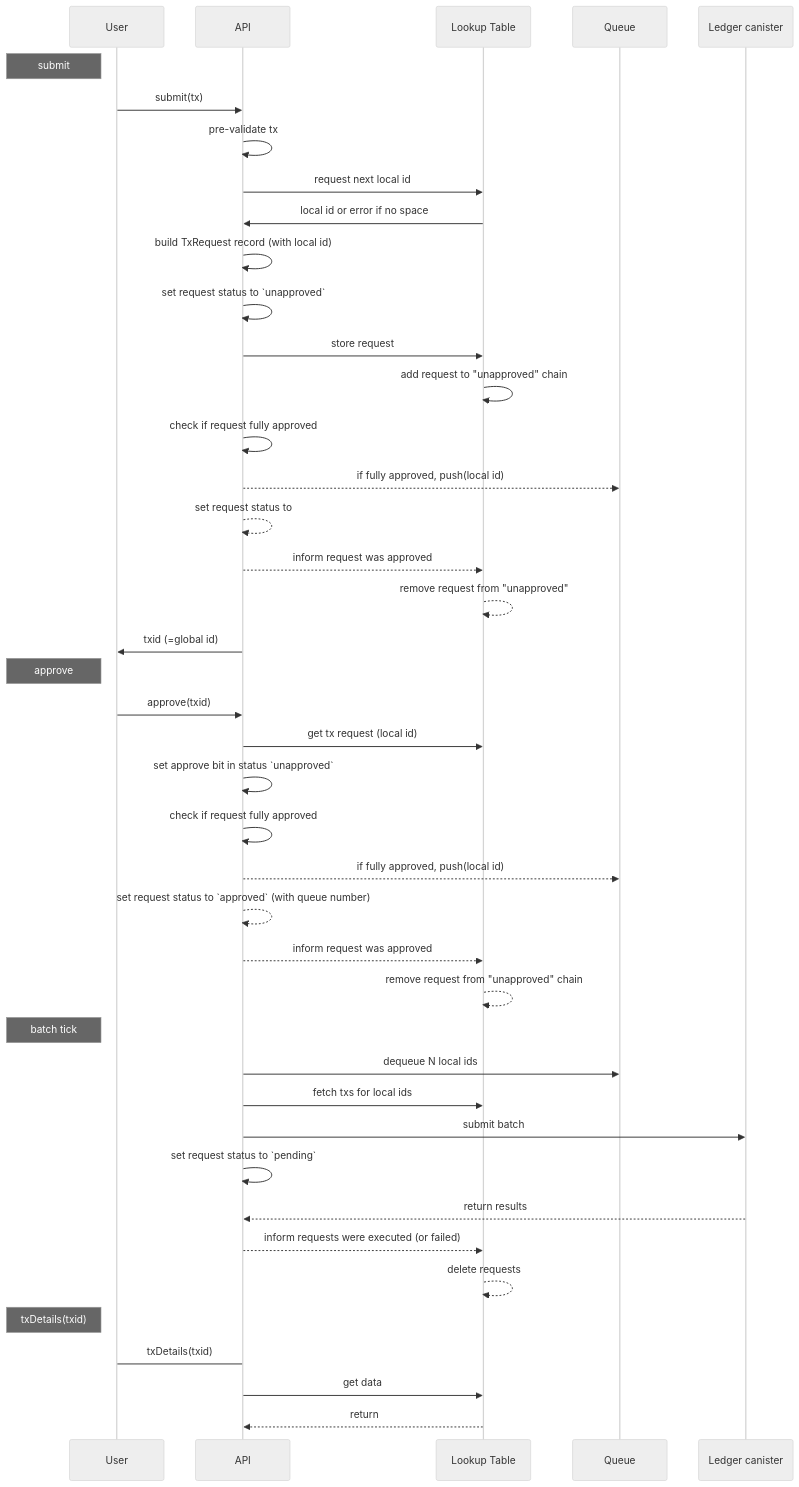
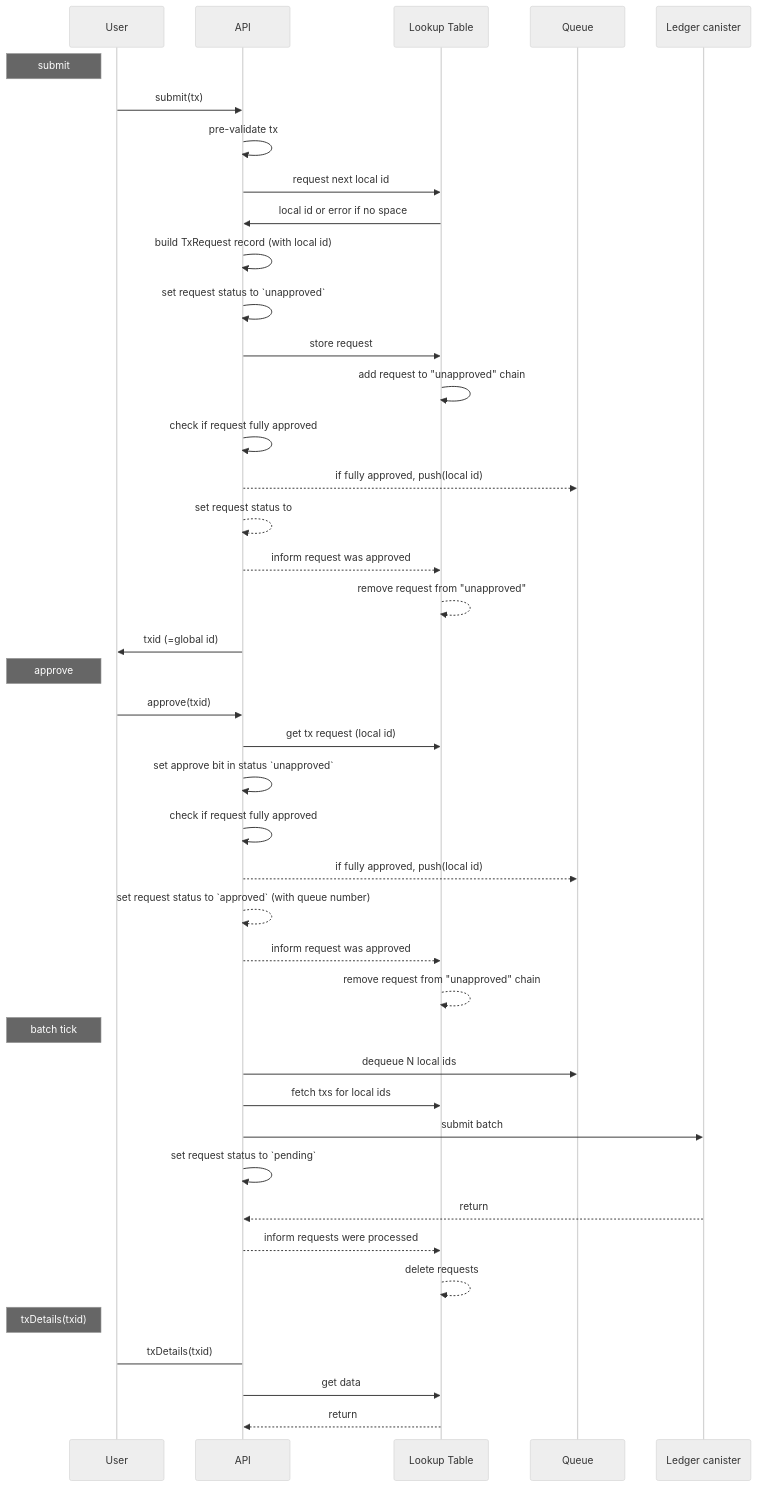
Before and after one commit to research-ag/hpl: the diagram in README.md, drawn with Mermaid (neutral theme). The commit also changed 4 other files, not shown here.

Commit message:
aggregator does not track executed/failed

````diff
--- a/README.md
+++ b/README.md
@@ -155,39 +155,39 @@
 ```mermaid
 sequenceDiagram
     Note left of User: submit
     User->>API: submit(tx)
     API->>API: pre-validate tx 
     API->>Lookup Table: request next local id
     Lookup Table->>API: local id or error if no space
     API->>API: build TxRequest record (with local id)
     API->>API: set request status to `unapproved`
     API->>Lookup Table: store request
     Lookup Table->>Lookup Table: add request to "unapproved" chain
     API->>API: check if request fully approved
     API-->>Queue: if fully approved, push(local id)
     API-->>API: set request status to #approved (with queue number)
     API-->>Lookup Table: inform request was approved
     Lookup Table-->>Lookup Table: remove request from "unapproved"
     API->>User: txid (=global id) 
     Note left of User: approve
     User->>API: approve(txid)
     API->>Lookup Table: get tx request (local id) 
     API->>API: set approve bit in status `unapproved`
     API->>API: check if request fully approved
     API-->>Queue: if fully approved, push(local id)
     API-->>API: set request status to `approved` (with queue number)
     API-->>Lookup Table: inform request was approved
     Lookup Table-->>Lookup Table: remove request from "unapproved" chain
     Note left of User: batch tick
     API->>Queue: dequeue N local ids
     API->>Lookup Table: fetch txs for local ids
     API->>Ledger canister: submit batch
     API->>API: set request status to `pending`
-    Ledger canister-->>API: return results
-    API-->>Lookup Table: inform requests were executed (or failed)
+    Ledger canister-->>API: return
+    API-->>Lookup Table: inform requests were processed
     Lookup Table-->>Lookup Table: delete requests
     Note left of User: txDetails(txid)
     User->API: txDetails(txid)
     API->>Lookup Table: get data
     Lookup Table-->>API: return
 ```
````
